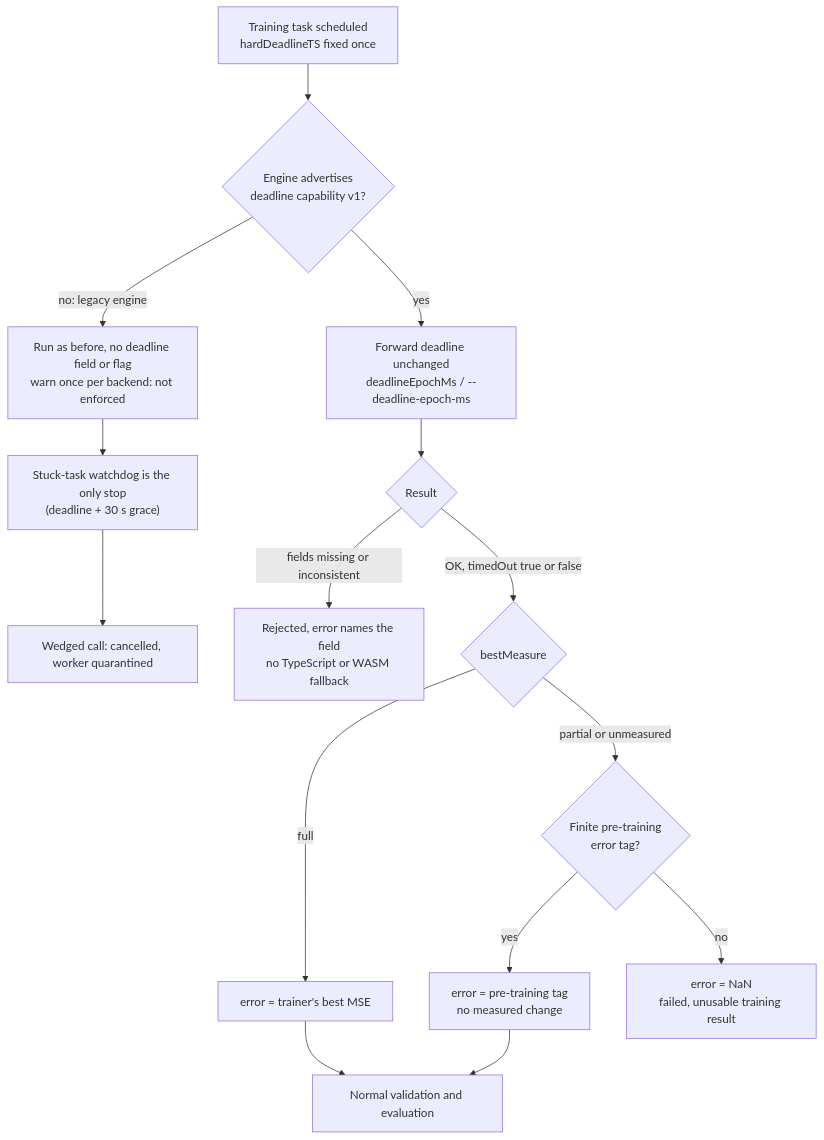
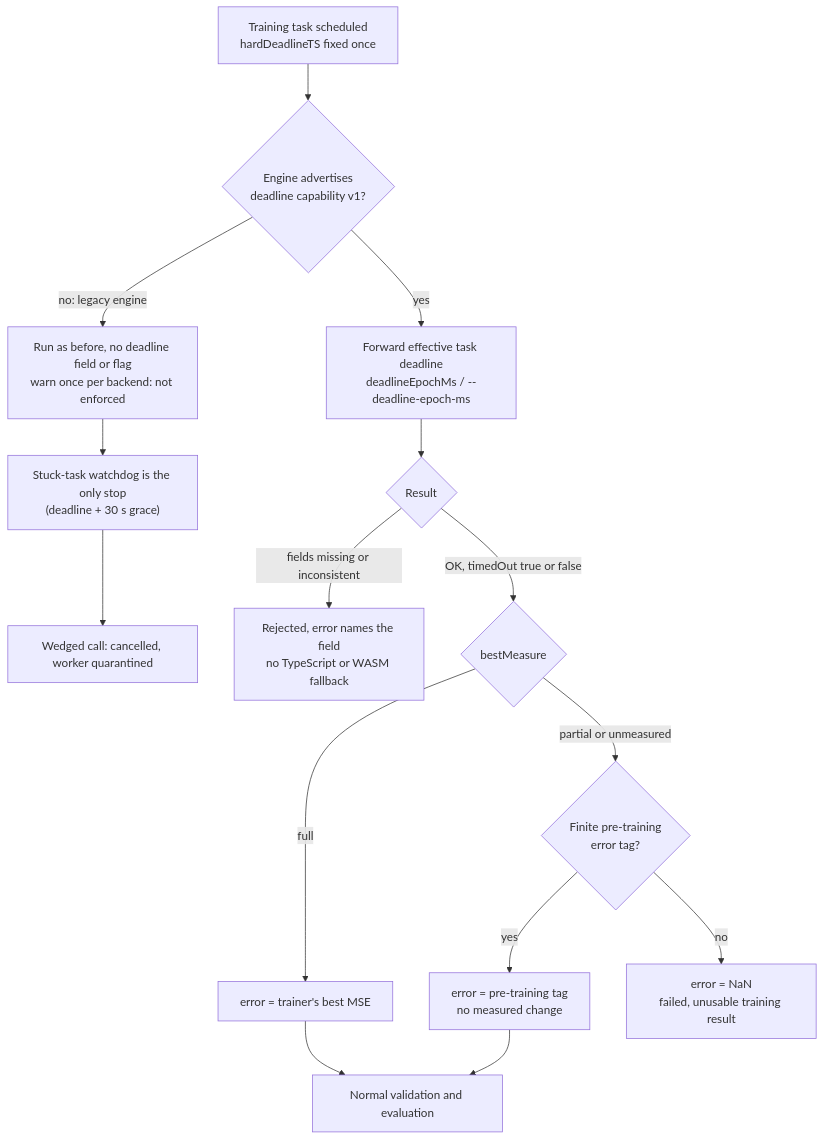
Before and after one commit to stSoftwareAU/NEAT-AI: the first of 3 diagrams in docs/TIMEOUTS.md, drawn with Mermaid. The commit also changed other lines of this file and 2 other files, not shown here.

First line of the commit message:
Correct the effective-deadline wording in TrainOptions and docs (Issue #4119)

````diff
--- a/docs/TIMEOUTS.md
+++ b/docs/TIMEOUTS.md
@@ -418,17 +420,17 @@
 ```mermaid
 flowchart TD
     S["Training task scheduled<br/>hardDeadlineTS fixed once"] --> P{"Engine advertises<br/>deadline capability v1?"}
     P -- "no: legacy engine" --> L["Run as before, no deadline field or flag<br/>warn once per backend: not enforced"]
     L --> LW["Stuck-task watchdog is the only stop<br/>(deadline + 30 s grace)"]
     LW --> LC["Wedged call: cancelled, worker quarantined"]
-    P -- "yes" --> F["Forward deadline unchanged<br/>deadlineEpochMs / --deadline-epoch-ms"]
+    P -- "yes" --> F["Forward effective task deadline<br/>deadlineEpochMs / --deadline-epoch-ms"]
     F --> R{"Result"}
     R -- "fields missing or inconsistent" --> X["Rejected, error names the field<br/>no TypeScript or WASM fallback"]
     R -- "OK, timedOut true or false" --> B{"bestMeasure"}
     B -- "full" --> FE["error = trainer's best MSE"]
     B -- "partial or unmeasured" --> T{"Finite pre-training<br/>error tag?"}
     T -- "yes" --> TE["error = pre-training tag<br/>no measured change"]
     T -- "no" --> NE["error = NaN<br/>failed, unusable training result"]
     FE --> V["Normal validation and evaluation"]
     TE --> V
 ```
````
